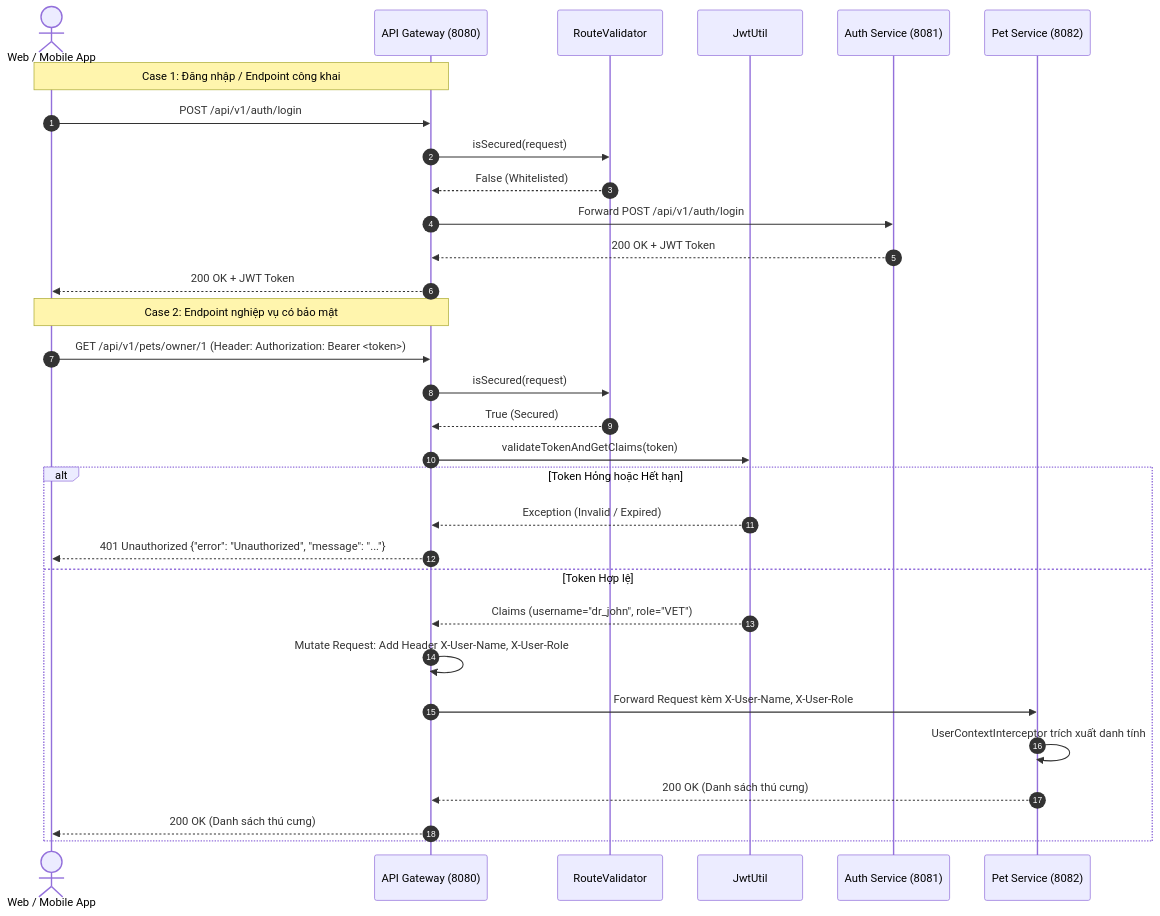
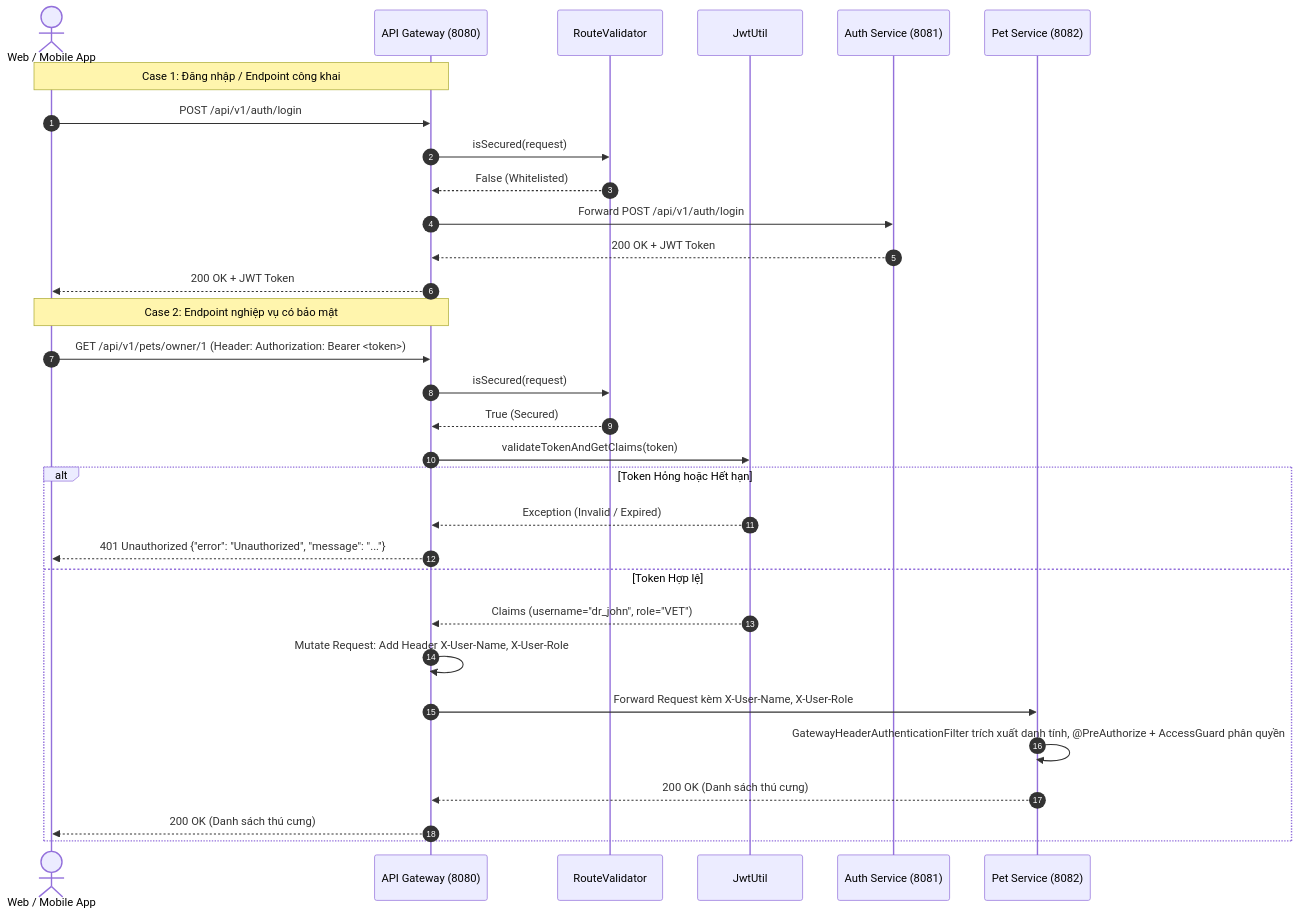
One commit to Phongasfd/pet-clinic-management changed the diagram in api-gateway/README.md. Above: the diagram before and after it, drawn with Mermaid. The commit also changed 71 other files, not shown here.

````diff
--- a/api-gateway/README.md
+++ b/api-gateway/README.md
@@ -63,36 +63,36 @@
 ```mermaid
 sequenceDiagram
     autonumber
     actor Client as Web / Mobile App
     participant GW as API Gateway (8080)
     participant RV as RouteValidator
     participant JWT as JwtUtil
     participant Auth as Auth Service (8081)
     participant Pet as Pet Service (8082)
 
     Note over Client, GW: Case 1: Đăng nhập / Endpoint công khai
     Client->>GW: POST /api/v1/auth/login
     GW->>RV: isSecured(request)
     RV-->>GW: False (Whitelisted)
     GW->>Auth: Forward POST /api/v1/auth/login
     Auth-->>GW: 200 OK + JWT Token
     GW-->>Client: 200 OK + JWT Token
 
     Note over Client, GW: Case 2: Endpoint nghiệp vụ có bảo mật
     Client->>GW: GET /api/v1/pets/owner/1 (Header: Authorization: Bearer <token>)
     GW->>RV: isSecured(request)
     RV-->>GW: True (Secured)
     GW->>JWT: validateTokenAndGetClaims(token)
 
     alt Token Hỏng hoặc Hết hạn
         JWT-->>GW: Exception (Invalid / Expired)
         GW-->>Client: 401 Unauthorized {"error": "Unauthorized", "message": "..."}
     else Token Hợp lệ
         JWT-->>GW: Claims (username="dr_john", role="VET")
         GW->>GW: Mutate Request: Add Header X-User-Name, X-User-Role
         GW->>Pet: Forward Request kèm X-User-Name, X-User-Role
-        Pet->>Pet: UserContextInterceptor trích xuất danh tính
+        Pet->>Pet: GatewayHeaderAuthenticationFilter trích xuất danh tính, @PreAuthorize + AccessGuard phân quyền
         Pet-->>GW: 200 OK (Danh sách thú cưng)
         GW-->>Client: 200 OK (Danh sách thú cưng)
     end
 ```
````
